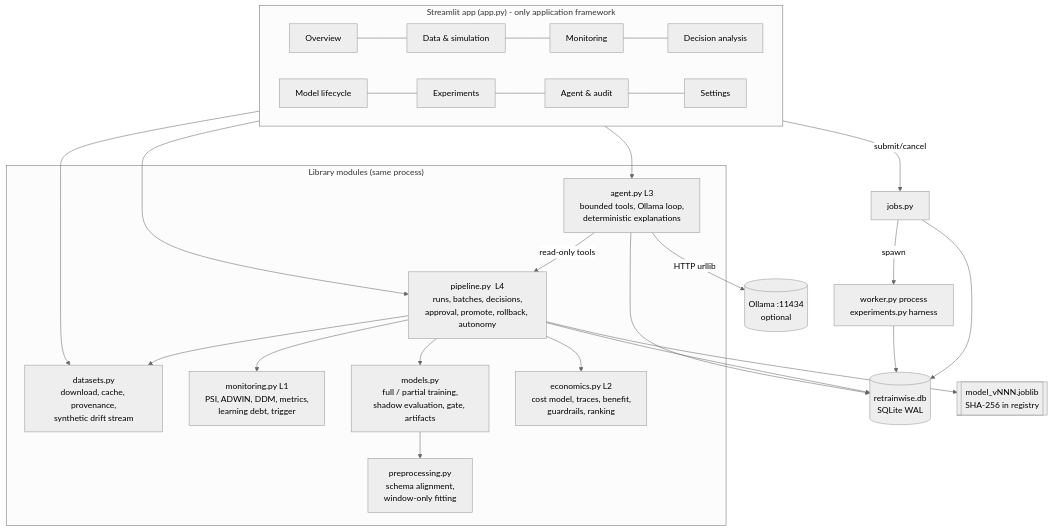
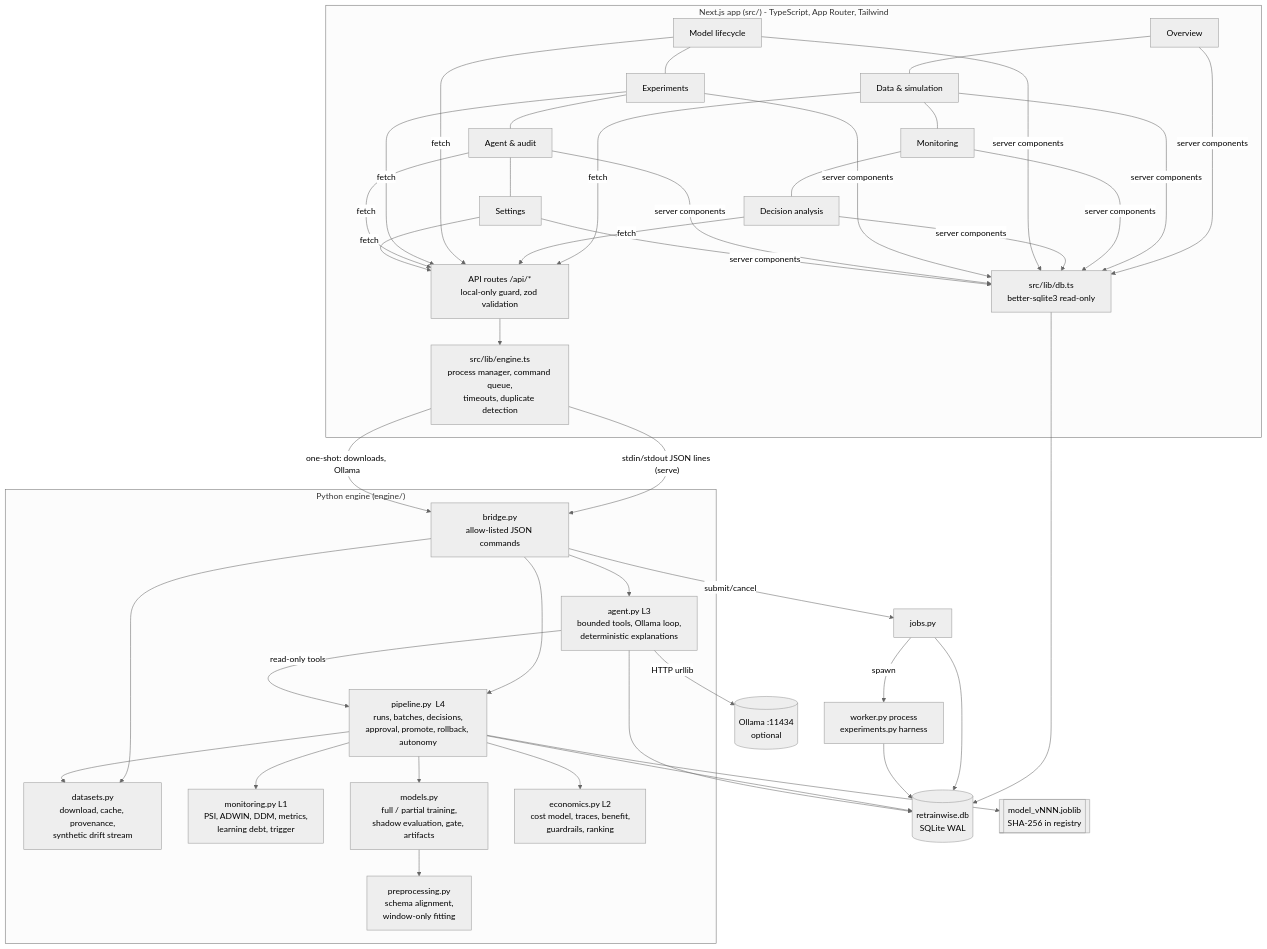
The first of 3 diagrams in ARCHITECTURE.md (sainikhil-sys/RetrainWise), drawn with Mermaid (neutral theme) before and after one commit. The commit also changed other lines of this file and 150 other files, not shown here.

First line of the commit message:
Replace Streamlit with a Next.js dashboard and add probe-based staleness

````diff
--- a/ARCHITECTURE.md
+++ b/ARCHITECTURE.md
@@ -9,30 +10,38 @@
 ```mermaid
 flowchart TB
-  subgraph UI["Streamlit app (app.py) - only application framework"]
-    T1[Overview] --- T2[Data & simulation] --- T3[Monitoring] --- T4[Decision analysis]
-    T5[Model lifecycle] --- T6[Experiments] --- T7[Agent & audit] --- T8[Settings]
+  subgraph WEB["Next.js app (src/) - TypeScript, App Router, Tailwind"]
+    P1[Overview] --- P2[Data & simulation] --- P3[Monitoring] --- P4[Decision analysis]
+    P5[Model lifecycle] --- P6[Experiments] --- P7[Agent & audit] --- P8[Settings]
+    API["API routes /api/*<br/>local-only guard, zod validation"]
+    ENG["src/lib/engine.ts<br/>process manager, command queue,<br/>timeouts, duplicate detection"]
+    RO["src/lib/db.ts<br/>better-sqlite3 read-only"]
   end
-  subgraph Core["Library modules (same process)"]
+  subgraph Core["Python engine (engine/)"]
+    BR[bridge.py<br/>allow-listed JSON commands]
     DS[datasets.py<br/>download, cache, provenance,<br/>synthetic drift stream]
     PP[preprocessing.py<br/>schema alignment,<br/>window-only fitting]
     MON[monitoring.py  L1<br/>PSI, ADWIN, DDM, metrics,<br/>learning debt, trigger]
     MOD[models.py<br/>full / partial training,<br/>shadow evaluation, gate, artifacts]
     ECO[economics.py  L2<br/>cost model, traces, benefit,<br/>guardrails, ranking]
     AG[agent.py  L3<br/>bounded tools, Ollama loop,<br/>deterministic explanations]
     PL[pipeline.py  L4<br/>runs, batches, decisions,<br/>approval, promote, rollback, autonomy]
   end
   DB[(retrainwise.db<br/>SQLite WAL)]
   ART[[model_vNNN.joblib<br/>SHA-256 in registry]]
   W[worker.py process<br/>experiments.py harness]
   OL[(Ollama :11434<br/>optional)]
-  UI --> PL & AG & DS
-  UI -- submit/cancel --> J[jobs.py] --> DB
+  P1 & P2 & P3 & P4 & P5 & P6 & P7 & P8 -- server components --> RO --> DB
+  P2 & P4 & P5 & P6 & P7 & P8 -- fetch --> API --> ENG
+  ENG -- "stdin/stdout JSON lines (serve)" --> BR
+  ENG -- "one-shot: downloads, Ollama" --> BR
+  BR --> PL & AG & DS
+  BR -- submit/cancel --> J[jobs.py] --> DB
   J -- spawn --> W --> DB
   PL --> MON & MOD & ECO & DS
   MOD --> PP
   PL --> DB
   PL --> ART
   AG -- read-only tools --> PL
   AG -- HTTP urllib --> OL
   AG --> DB
 ```
````
